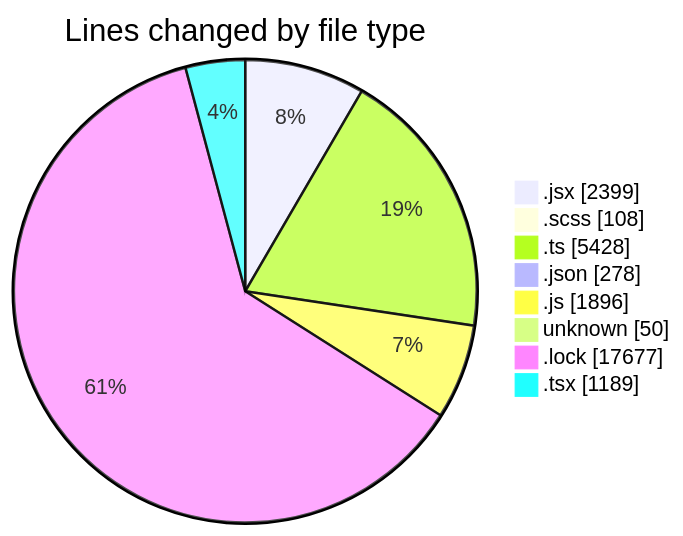
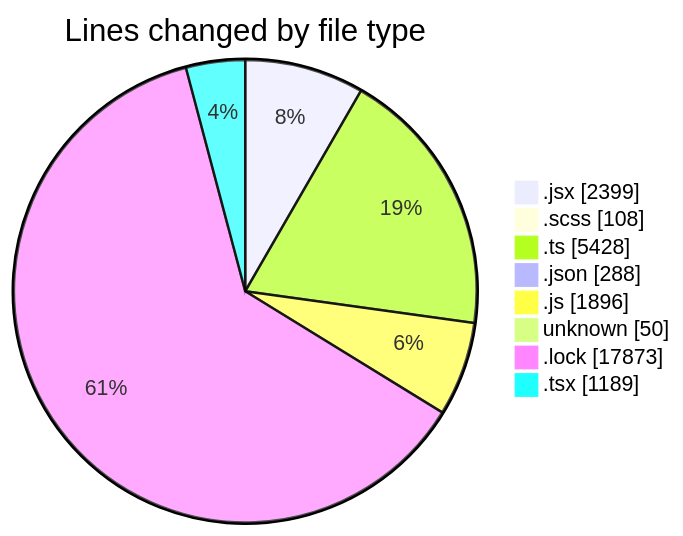
One commit to momahboobian/code-tracking changed the first of 2 diagrams in 2026-09-01/cda/README.md. Above: the diagram before and after it, drawn with Mermaid. The commit also changed other lines of this file and 1 other file, not shown here.

````diff
--- a/2026-09-01/cda/README.md
+++ b/2026-09-01/cda/README.md
@@ -75,12 +75,12 @@
 ```mermaid
 pie showData
 title Lines changed by file type
 ".jsx" : 2399
 ".scss" : 108
 ".ts" : 5428
-".json" : 278
+".json" : 288
 ".js" : 1896
 "unknown" : 50
-".lock" : 17677
+".lock" : 17873
 ".tsx" : 1189
 ```
````
